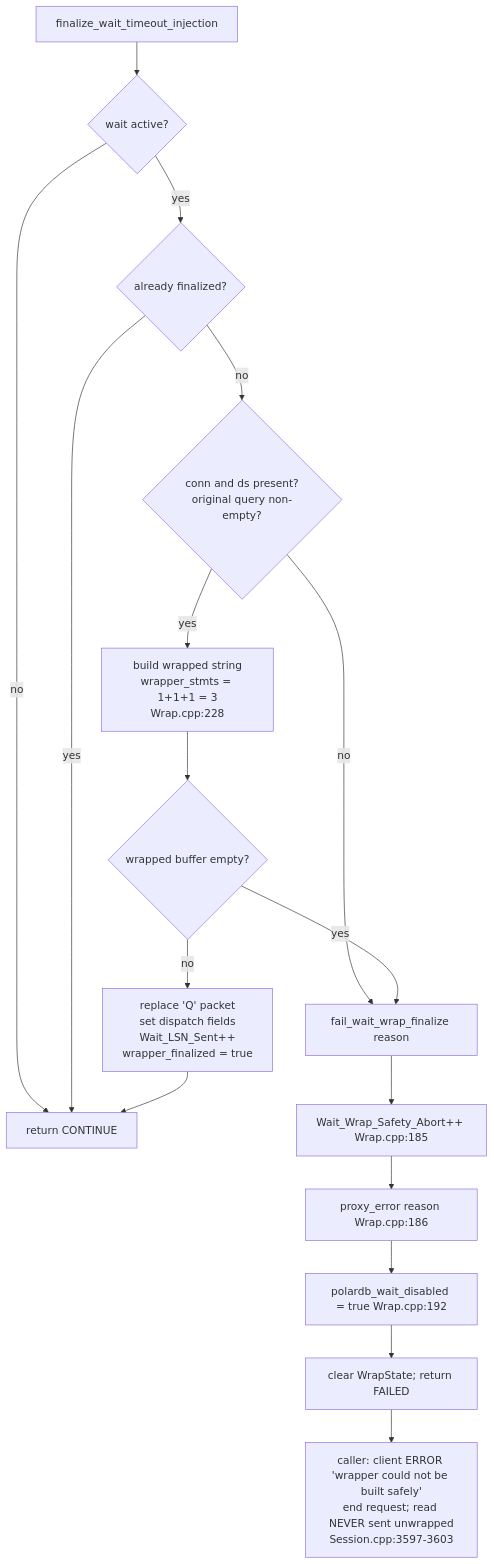
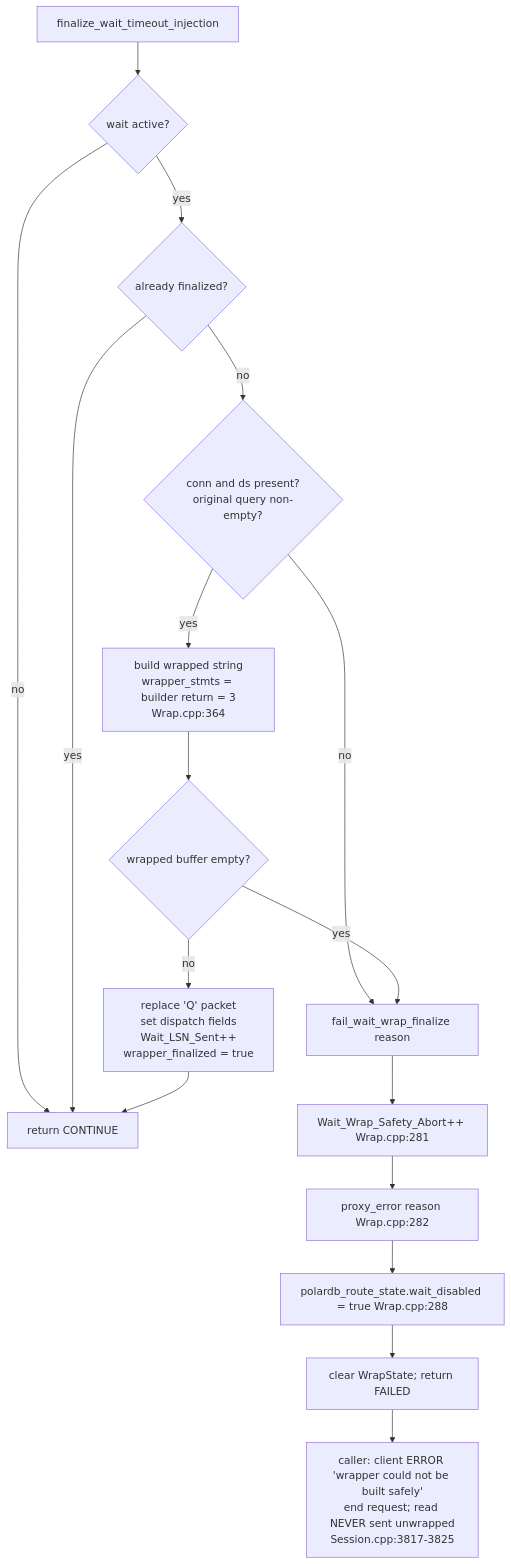
Before and after one commit to awide-labs/polar-proxy: the second of 4 diagrams in doc/polardb-arch/07-QUERY-WRAPPING.md, drawn with Mermaid. The commit also changed other lines of this file and 21 other files, not shown here.

````diff
--- a/doc/polardb-arch/07-QUERY-WRAPPING.md
+++ b/doc/polardb-arch/07-QUERY-WRAPPING.md
@@ -461,19 +454,19 @@
 ```mermaid
 flowchart TD
     S["finalize_wait_timeout_injection"] --> A{"wait active?"}
     A -- no --> R1["return CONTINUE"]
     A -- yes --> B{"already finalized?"}
     B -- yes --> R1
     B -- no --> C{"conn and ds present?<br/>original query non-empty?"}
     C -- no --> F["fail_wait_wrap_finalize reason"]
-    C -- yes --> D["build wrapped string<br/>wrapper_stmts = 1+1+1 = 3<br/>Wrap.cpp:228"]
+    C -- yes --> D["build wrapped string<br/>wrapper_stmts = builder return = 3<br/>Wrap.cpp:364"]
     D --> E{"wrapped buffer empty?"}
     E -- yes --> F
     E -- no --> G["replace 'Q' packet<br/>set dispatch fields<br/>Wait_LSN_Sent++<br/>wrapper_finalized = true"]
     G --> R1
-    F --> F1["Wait_Wrap_Safety_Abort++ Wrap.cpp:185"]
-    F1 --> F2["proxy_error reason Wrap.cpp:186"]
-    F2 --> F3["polardb_wait_disabled = true Wrap.cpp:192"]
+    F --> F1["Wait_Wrap_Safety_Abort++ Wrap.cpp:281"]
+    F1 --> F2["proxy_error reason Wrap.cpp:282"]
+    F2 --> F3["polardb_route_state.wait_disabled = true Wrap.cpp:288"]
     F3 --> F4["clear WrapState; return FAILED"]
-    F4 --> F5["caller: client ERROR 'wrapper could not be built safely'<br/>end request; read NEVER sent unwrapped<br/>Session.cpp:3597-3603"]
+    F4 --> F5["caller: client ERROR 'wrapper could not be built safely'<br/>end request; read NEVER sent unwrapped<br/>Session.cpp:3817-3825"]
 ```
````
